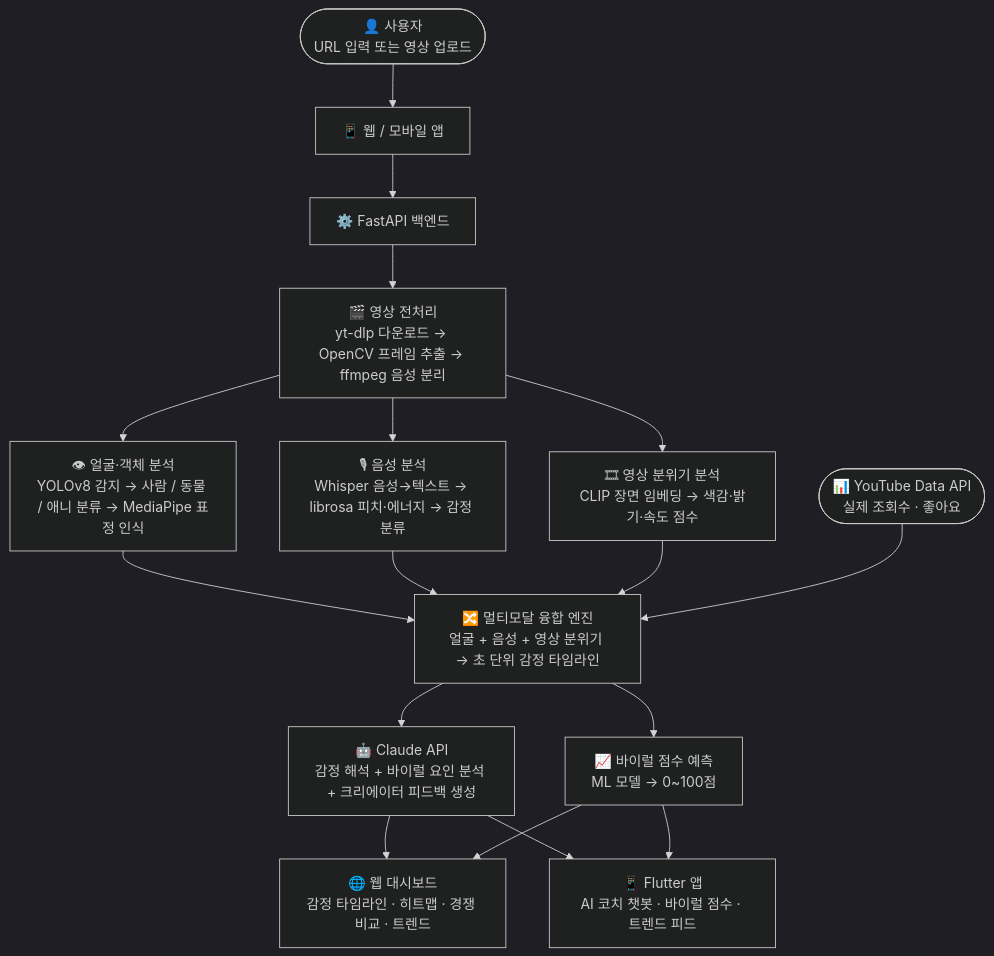
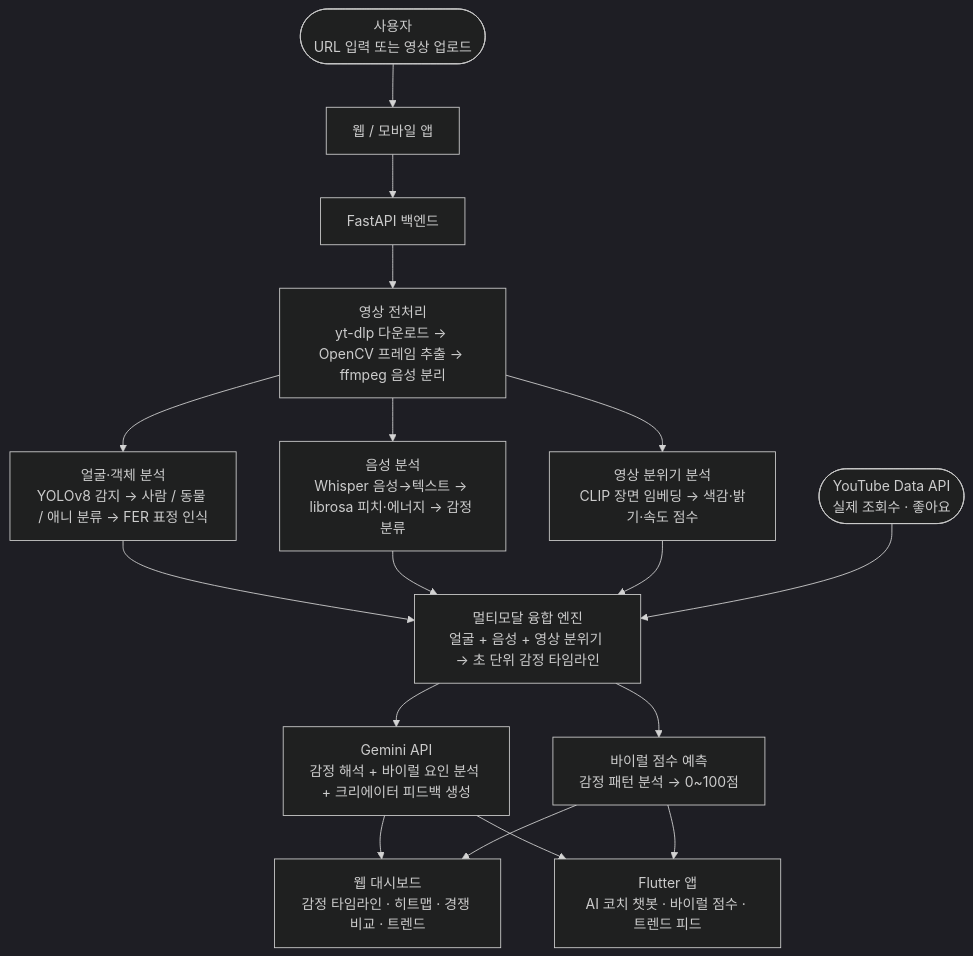
One commit to Userlsj-project/VibeView changed the first of 6 diagrams in README.md. Above: the diagram before and after it, drawn with Mermaid (dark theme). The commit also changed other lines of this file and 19 other files, not shown here.

````diff
--- a/README.md
+++ b/README.md
@@ -82,23 +78,23 @@
 ```mermaid
 flowchart TD
-    A([👤 사용자\nURL 입력 또는 영상 업로드])
+    A([사용자\nURL 입력 또는 영상 업로드])
 
-    A --> B[📱 웹 / 모바일 앱]
-    B --> C[⚙️ FastAPI 백엔드]
+    A --> B[웹 / 모바일 앱]
+    B --> C[FastAPI 백엔드]
 
-    C --> D[🎬 영상 전처리\nyt-dlp 다운로드 → OpenCV 프레임 추출 → ffmpeg 음성 분리]
+    C --> D[영상 전처리\nyt-dlp 다운로드 → OpenCV 프레임 추출 → ffmpeg 음성 분리]
 
-    D --> E[👁 얼굴·객체 분석\nYOLOv8 감지 → 사람 / 동물 / 애니 분류 → MediaPipe 표정 인식]
-    D --> F[🎙 음성 분석\nWhisper 음성→텍스트 → librosa 피치·에너지 → 감정 분류]
-    D --> G[🎞 영상 분위기 분석\nCLIP 장면 임베딩 → 색감·밝기·속도 점수]
+    D --> E[얼굴·객체 분석\nYOLOv8 감지 → 사람 / 동물 / 애니 분류 → FER 표정 인식]
+    D --> F[음성 분석\nWhisper 음성→텍스트 → librosa 피치·에너지 → 감정 분류]
+    D --> G[영상 분위기 분석\nCLIP 장면 임베딩 → 색감·밝기·속도 점수]
 
-    H([📊 YouTube Data API\n실제 조회수 · 좋아요])
+    H([YouTube Data API\n실제 조회수 · 좋아요])
 
-    E & F & G & H --> I[🔀 멀티모달 융합 엔진\n얼굴 + 음성 + 영상 분위기 → 초 단위 감정 타임라인]
+    E & F & G & H --> I[멀티모달 융합 엔진\n얼굴 + 음성 + 영상 분위기 → 초 단위 감정 타임라인]
 
-    I --> J[🤖 Claude API\n감정 해석 + 바이럴 요인 분석 + 크리에이터 피드백 생성]
-    I --> K[📈 바이럴 점수 예측\nML 모델 → 0~100점]
+    I --> J[Gemini API\n감정 해석 + 바이럴 요인 분석 + 크리에이터 피드백 생성]
+    I --> K[바이럴 점수 예측\n감정 패턴 분석 → 0~100점]
 
-    J & K --> L[🌐 웹 대시보드\n감정 타임라인 · 히트맵 · 경쟁 비교 · 트렌드]
-    J & K --> M[📱 Flutter 앱\nAI 코치 챗봇 · 바이럴 점수 · 트렌드 피드]
+    J & K --> L[웹 대시보드\n감정 타임라인 · 히트맵 · 경쟁 비교 · 트렌드]
+    J & K --> M[Flutter 앱\nAI 코치 챗봇 · 바이럴 점수 · 트렌드 피드]
 ```
````
